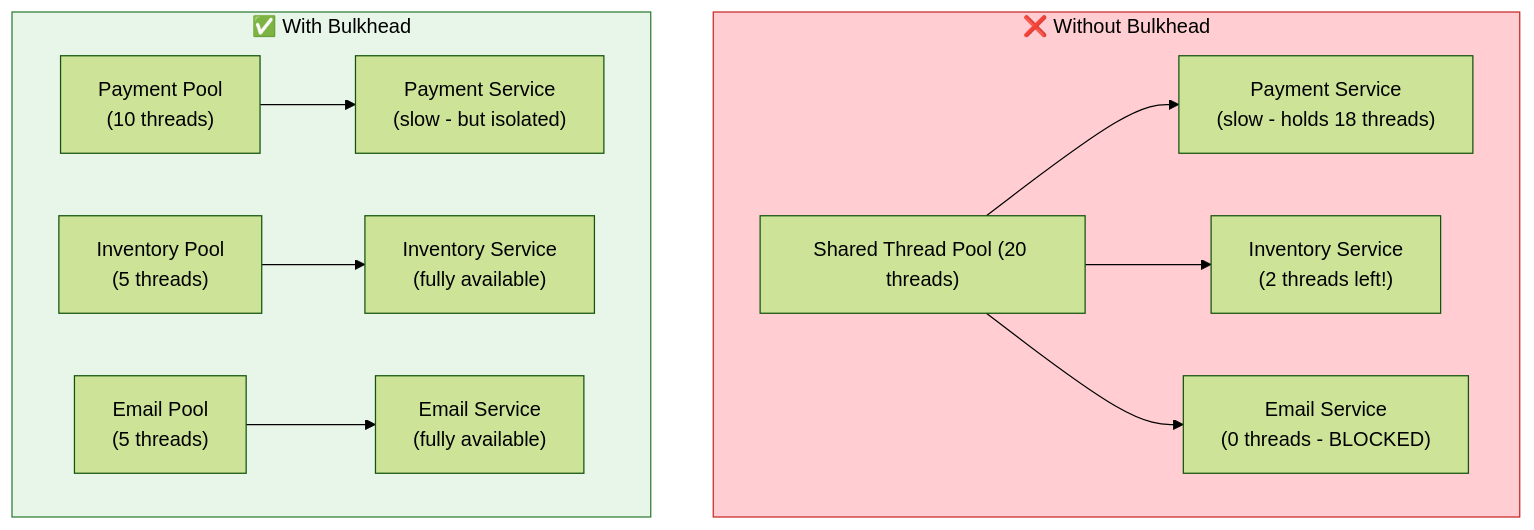
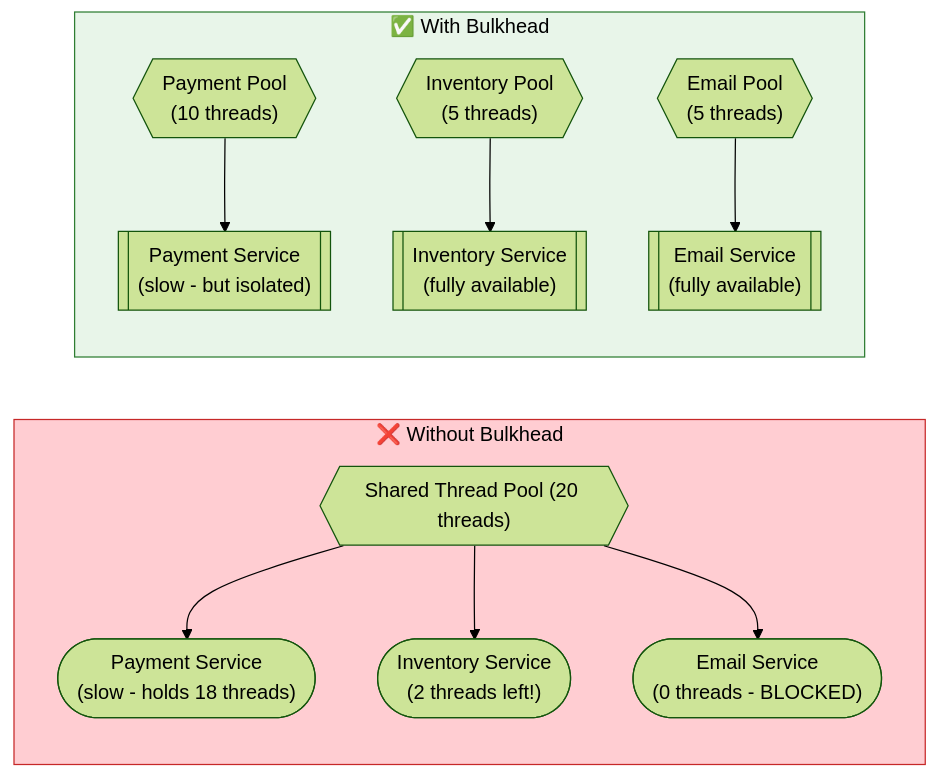
One commit to saivamsikaruturi/vamsilabs-dev-notes-main changed the fourth of 5 diagrams in docs/microservices/resilience-patterns.md. Above: the diagram before and after it, drawn with Mermaid (forest theme). The commit also changed other lines of this file and 146 other files, not shown here.

Commit message:
Horizontal diagrams, UML class diagrams, typography overhaul, and permalink cleanup

````diff
--- a/docs/microservices/resilience-patterns.md
+++ b/docs/microservices/resilience-patterns.md
@@ -259,18 +259,18 @@
 ```mermaid
-flowchart TD
+flowchart LR
     subgraph NoBulkhead["❌ Without Bulkhead"]
-        T["Shared Thread Pool (20 threads)"]
-        T --> S1["Payment Service<br/>(slow - holds 18 threads)"]
-        T --> S2["Inventory Service<br/>(2 threads left!)"]
-        T --> S3["Email Service<br/>(0 threads - BLOCKED)"]
+        T{{"Shared Thread Pool (20 threads)"}}
+        T --> S1(["Payment Service<br/>(slow - holds 18 threads)"])
+        T --> S2(["Inventory Service<br/>(2 threads left!)"])
+        T --> S3(["Email Service<br/>(0 threads - BLOCKED)"])
     end
 
     subgraph WithBulkhead["✅ With Bulkhead"]
-        T1["Payment Pool<br/>(10 threads)"] --> P1["Payment Service<br/>(slow - but isolated)"]
-        T2["Inventory Pool<br/>(5 threads)"] --> P2["Inventory Service<br/>(fully available)"]
-        T3["Email Pool<br/>(5 threads)"] --> P3["Email Service<br/>(fully available)"]
+        T1{{"Payment Pool<br/>(10 threads)"}} --> P1[["Payment Service<br/>(slow - but isolated)"]]
+        T2{{"Inventory Pool<br/>(5 threads)"}} --> P2[["Inventory Service<br/>(fully available)"]]
+        T3{{"Email Pool<br/>(5 threads)"}} --> P3[["Email Service<br/>(fully available)"]]
     end
 
     style NoBulkhead fill:#FFCDD2,stroke:#C62828,color:#000
     style WithBulkhead fill:#E8F5E9,stroke:#2E7D32,color:#000
 ```
````
